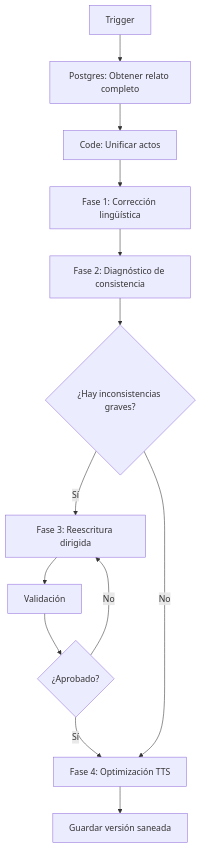
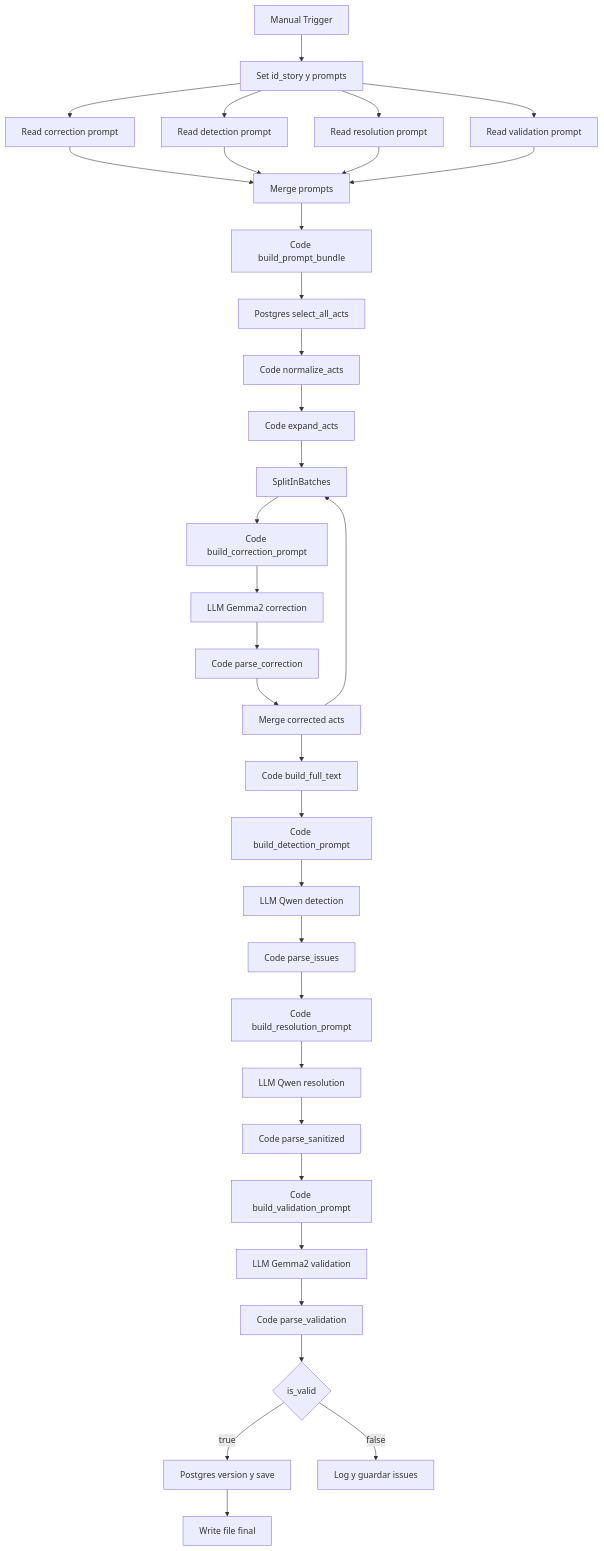
Before and after one commit to rledesma912/automated_narrative: the first of 2 diagrams in flujo_saneador.md, drawn with Mermaid. The commit also changed other lines of this file and 17 other files, not shown here.

````diff
--- a/flujo_saneador.md
+++ b/flujo_saneador.md
@@ -17,19 +437,51 @@
 ```mermaid
 flowchart TD
 
-A[Trigger] --> B[Postgres: Obtener relato completo]
-B --> C[Code: Unificar actos]
-C --> D[Fase 1: Corrección lingüística]
-D --> E[Fase 2: Diagnóstico de consistencia]
-E --> F{¿Hay inconsistencias graves?}
+A[Manual Trigger] --> B[Set id_story y prompts]
 
-F -- Sí --> G[Fase 3: Reescritura dirigida]
-G --> H[Validación]
-H --> I{¿Aprobado?}
-I -- No --> G
-I -- Sí --> J[Fase 4: Optimización TTS]
+B --> C1[Read correction prompt]
+B --> C2[Read detection prompt]
+B --> C3[Read resolution prompt]
+B --> C4[Read validation prompt]
 
-F -- No --> J
+C1 --> D[Merge prompts]
+C2 --> D
+C3 --> D
+C4 --> D
 
-J --> K[Guardar versión saneada]
+D --> E[Code build_prompt_bundle]
+
+E --> F[Postgres select_all_acts]
+F --> G[Code normalize_acts]
+G --> H[Code expand_acts]
+
+H --> I[SplitInBatches]
+
+I --> J[Code build_correction_prompt]
+J --> K[LLM Gemma2 correction]
+K --> L[Code parse_correction]
+
+L --> M[Merge corrected acts]
+M --> I
+
+M --> N[Code build_full_text]
+
+N --> O[Code build_detection_prompt]
+O --> P[LLM Qwen detection]
+P --> Q[Code parse_issues]
+
+Q --> R[Code build_resolution_prompt]
+R --> S[LLM Qwen resolution]
+S --> T[Code parse_sanitized]
+
+T --> U[Code build_validation_prompt]
+U --> V[LLM Gemma2 validation]
+V --> W[Code parse_validation]
+
+W --> X{is_valid}
+
+X -->|true| Y[Postgres version y save]
+Y --> Z[Write file final]
+
+X -->|false| ERR[Log y guardar issues]
 ```
````
